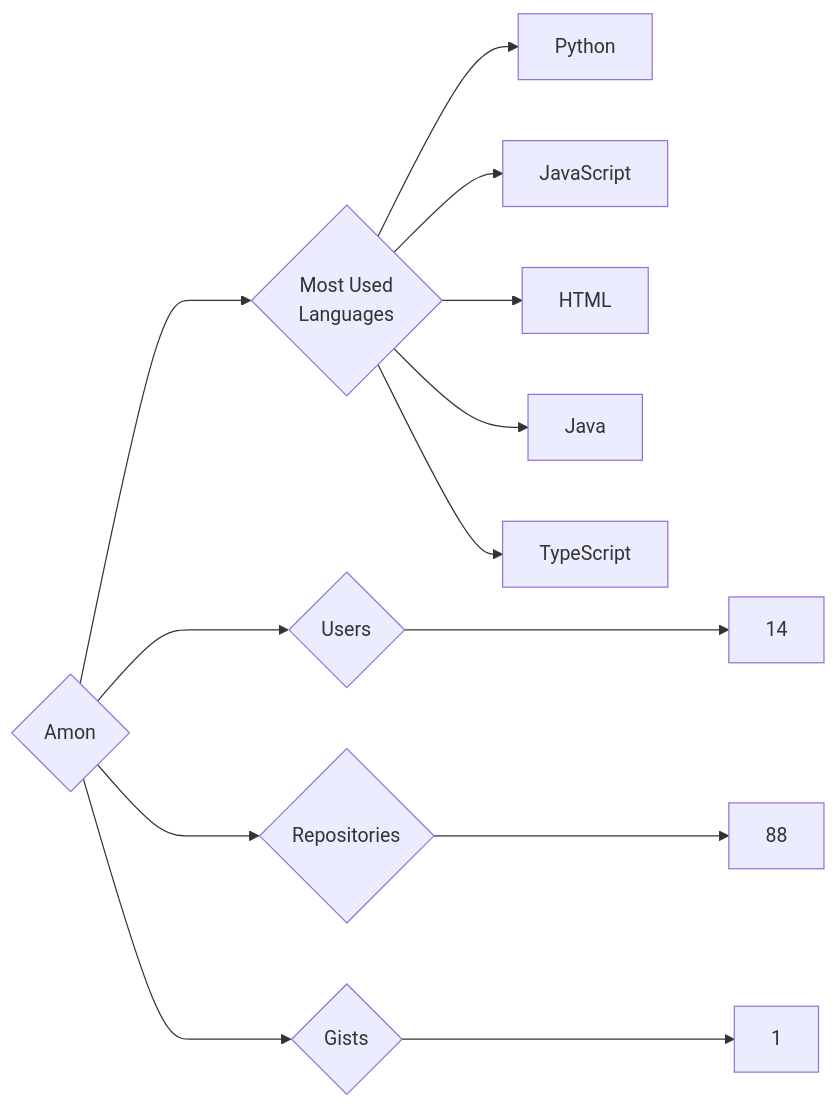
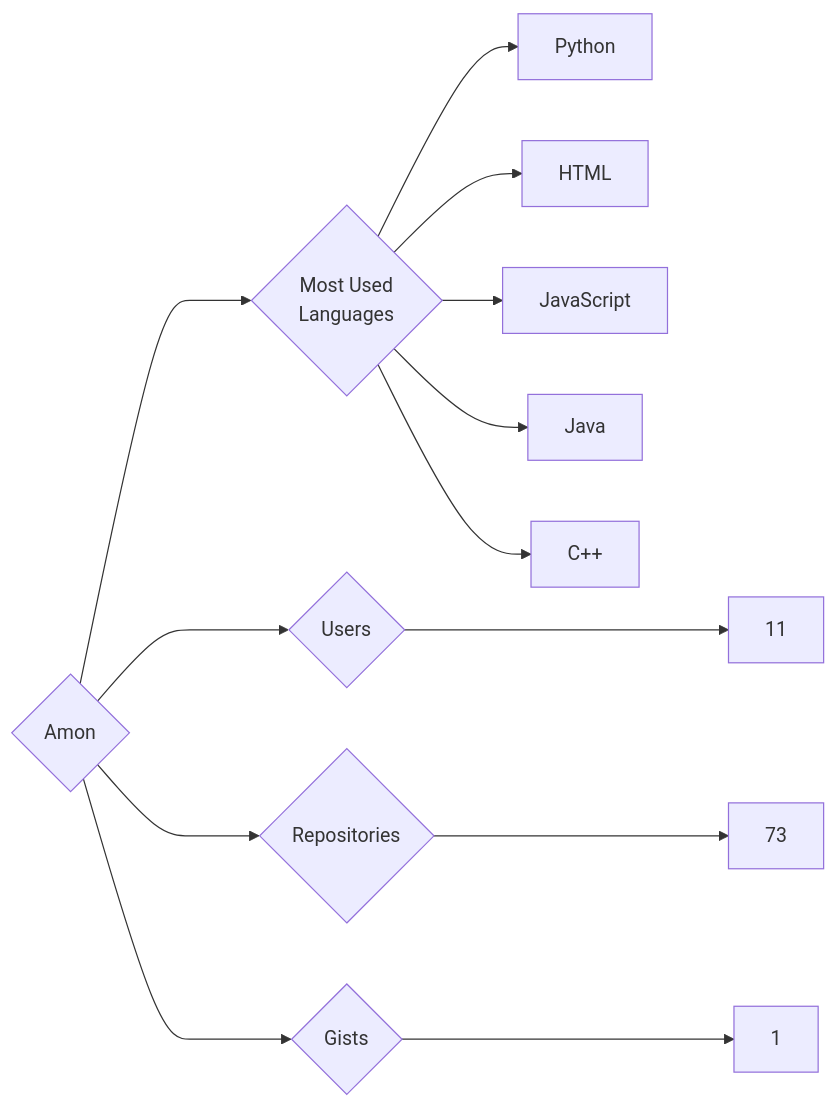
One commit to trickest/insiders changed the diagram in targets/Amon/README.md. Above: the diagram before and after it, drawn with Mermaid. The commit also changed 878 other files, not shown here.

````diff
--- a/targets/Amon/README.md
+++ b/targets/Amon/README.md
@@ -3,13 +3,13 @@
 ```mermaid
 graph LR
 COMPANY_NAME{Amon}
-COMPANY_NAME ---> U{Users} ---> UN[14]
-COMPANY_NAME ---> R{Repositories} ---> RN[88]
+COMPANY_NAME ---> U{Users} ---> UN[11]
+COMPANY_NAME ---> R{Repositories} ---> RN[73]
 COMPANY_NAME ---> G{Gists} ---> GN[1]
 COMPANY_NAME ---> ML{Most Used<br>Languages}
 ML --> Python[Python]
+ML --> HTML[HTML]
 ML --> JavaScript[JavaScript]
-ML --> HTML[HTML]
 ML --> Java[Java]
-ML --> TypeScript[TypeScript]
+ML --> C++[C++]
 ```
````
